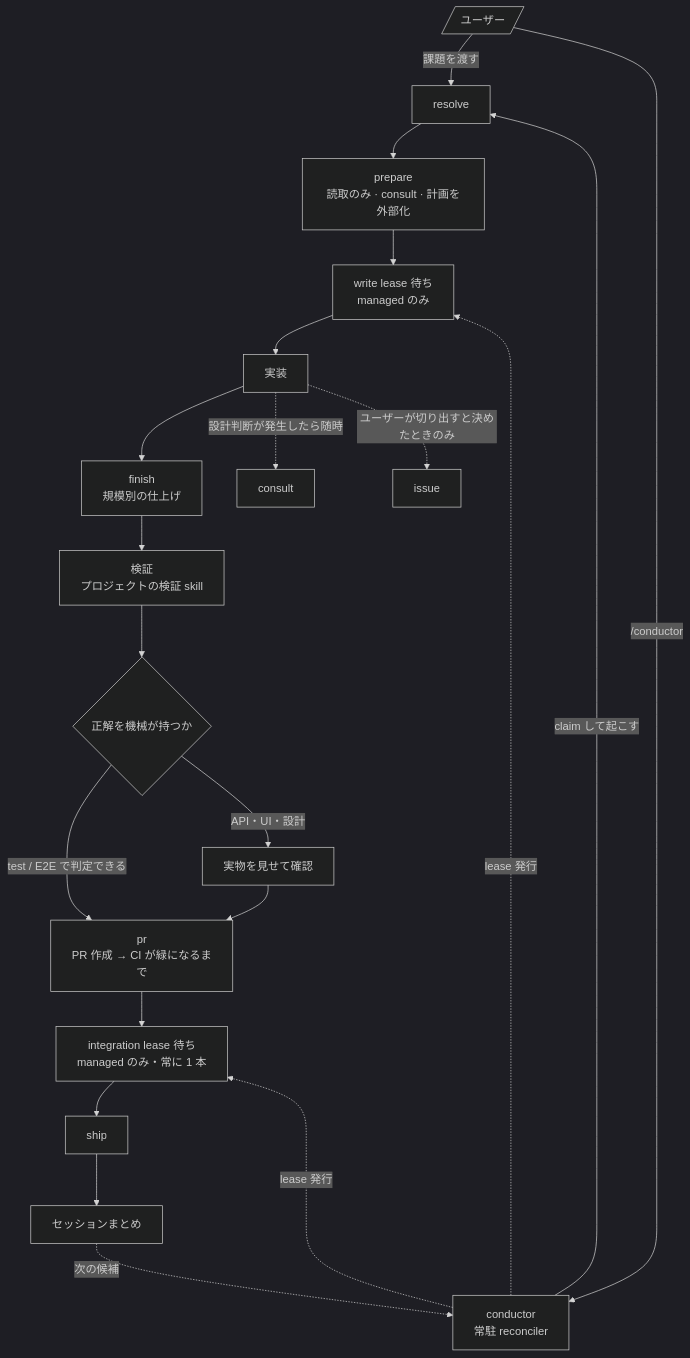
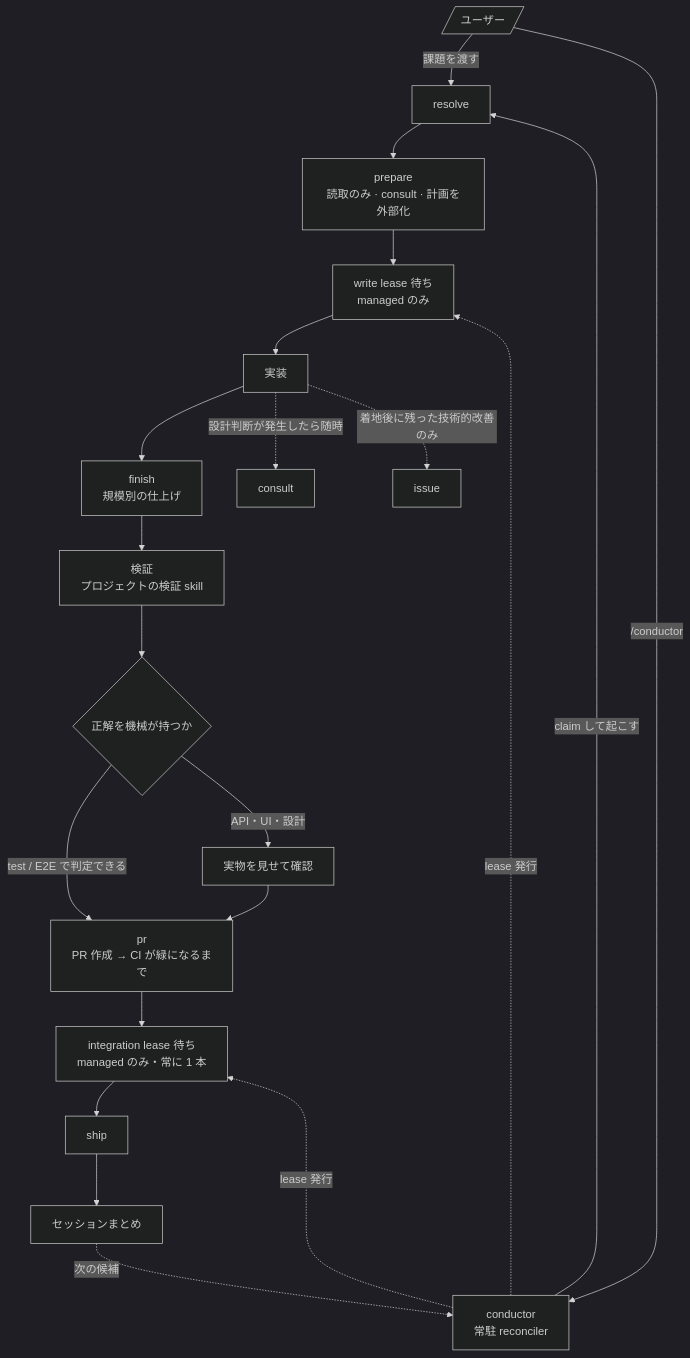
One commit to usagizmo/agentfiles changed the second of 2 diagrams in agents/README.md. Above: the diagram before and after it, drawn with Mermaid (dark theme). The commit also changed other lines of this file and 3 other files, not shown here.

````diff
--- a/agents/README.md
+++ b/agents/README.md
@@ -114,25 +115,25 @@
 ```mermaid
 flowchart TD
     U[/ユーザー/] -->|課題を渡す| W[resolve]
     U -->|/conductor| AP[conductor<br/>常駐 reconciler]
     AP -->|claim して起こす| W
 
     W --> P[prepare<br/>読取のみ · consult · 計画を外部化]
     P --> WW[write lease 待ち<br/>managed のみ]
     WW --> I[実装]
     I --> F[finish<br/>規模別の仕上げ]
     F --> V[検証<br/>プロジェクトの検証 skill]
 
     V --> CK{正解を機械が持つか}
     CK -->|test / E2E で判定できる| PR
     CK -->|API・UI・設計| SHOW[実物を見せて確認]
     SHOW --> PR["pr<br/>PR 作成 → CI が緑になるまで"]
     PR --> IW[integration lease 待ち<br/>managed のみ・常に 1 本]
     IW --> SH[ship] --> RP[セッションまとめ]
     RP -.次の候補.-> AP
 
     AP -.lease 発行.-> WW
     AP -.lease 発行.-> IW
     I -.設計判断が発生したら随時.-> C[consult]
-    I -.ユーザーが切り出すと決めたときのみ.-> IS[issue]
+    I -.着地後に残った技術的改善のみ.-> IS[issue]
 ```
````
